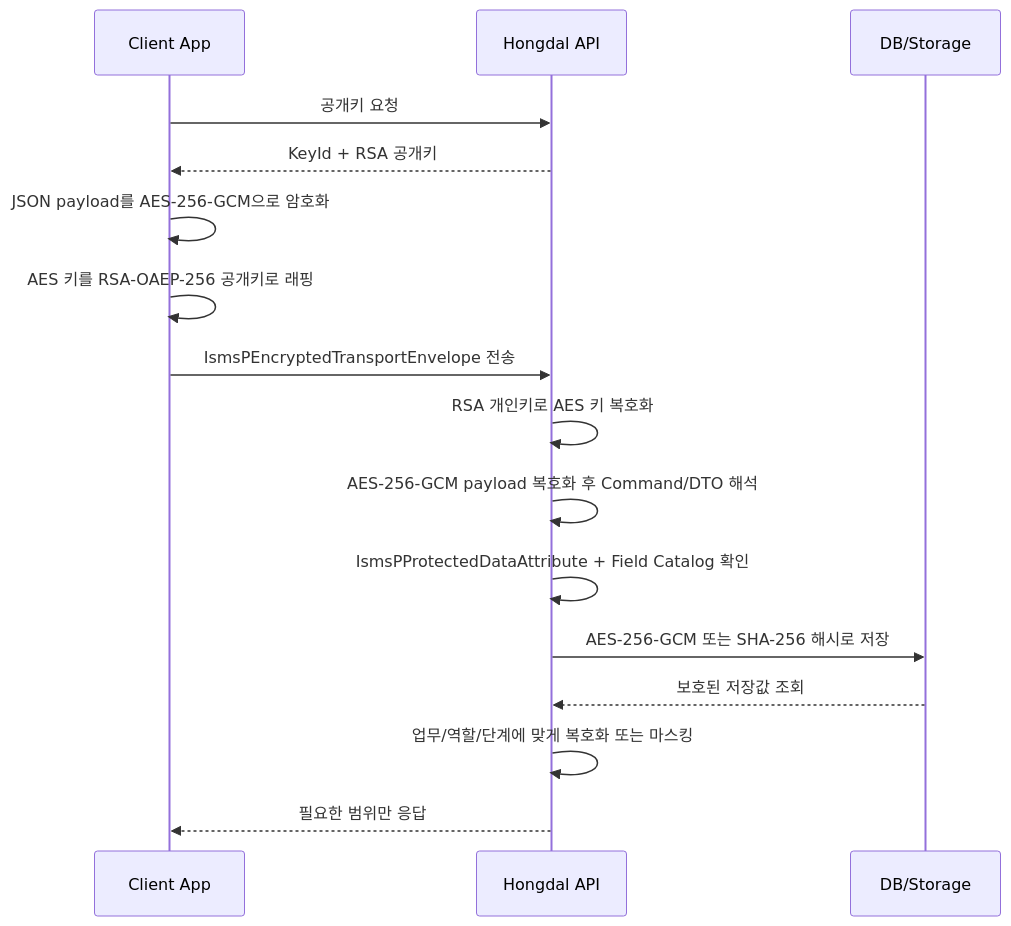
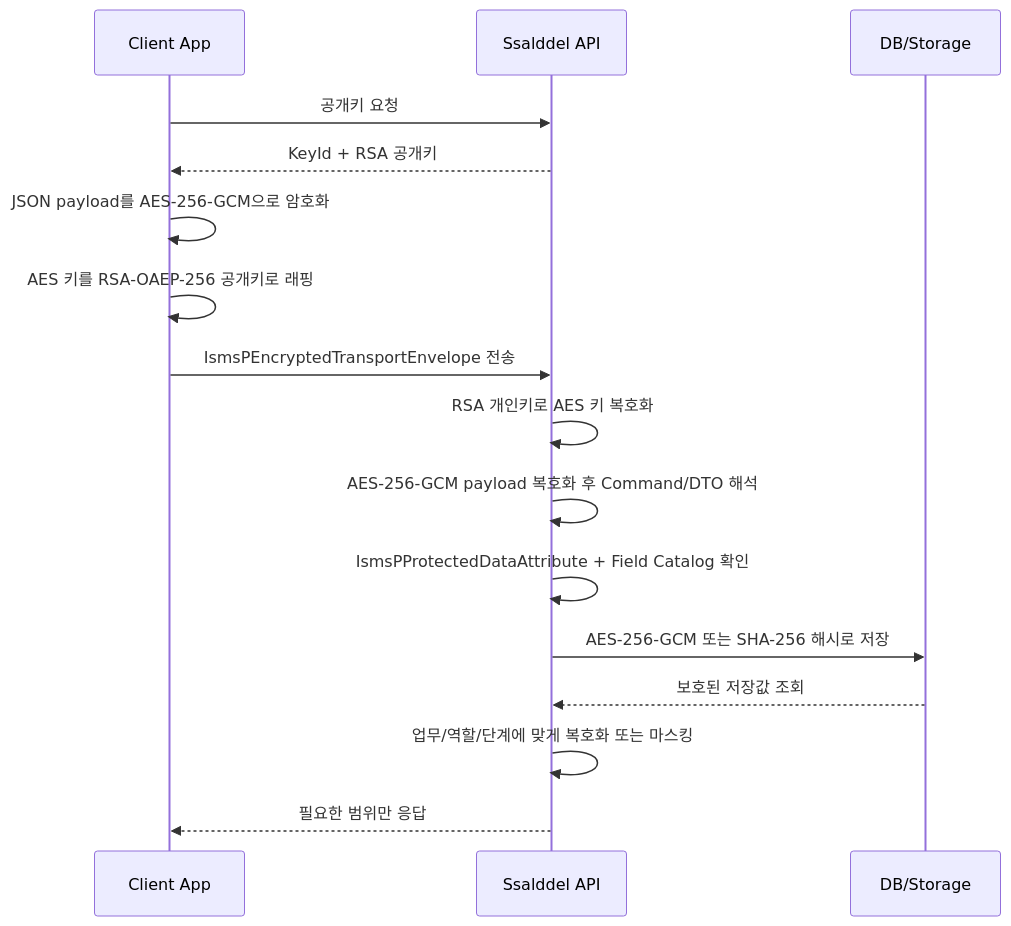
The diagram in docs/Compliance/ISMS-P-readiness.md (cheolwo/hongdal), drawn with Mermaid before and after one commit. The commit also changed other lines of this file and 6611 other files, not shown here.

Commit message:
refactor: rename Hongdal to Ssalddel

````diff
--- a/docs/Compliance/ISMS-P-readiness.md
+++ b/docs/Compliance/ISMS-P-readiness.md
@@ -100,19 +100,19 @@
 ```mermaid
 sequenceDiagram
     participant Client as Client App
-    participant Server as Hongdal API
+    participant Server as Ssalddel API
     participant Store as DB/Storage
 
     Client->>Server: 공개키 요청
     Server-->>Client: KeyId + RSA 공개키
     Client->>Client: JSON payload를 AES-256-GCM으로 암호화
     Client->>Client: AES 키를 RSA-OAEP-256 공개키로 래핑
     Client->>Server: IsmsPEncryptedTransportEnvelope 전송
     Server->>Server: RSA 개인키로 AES 키 복호화
     Server->>Server: AES-256-GCM payload 복호화 후 Command/DTO 해석
     Server->>Server: IsmsPProtectedDataAttribute + Field Catalog 확인
     Server->>Store: AES-256-GCM 또는 SHA-256 해시로 저장
     Store-->>Server: 보호된 저장값 조회
     Server->>Server: 업무/역할/단계에 맞게 복호화 또는 마스킹
     Server-->>Client: 필요한 범위만 응답
 ```
````
